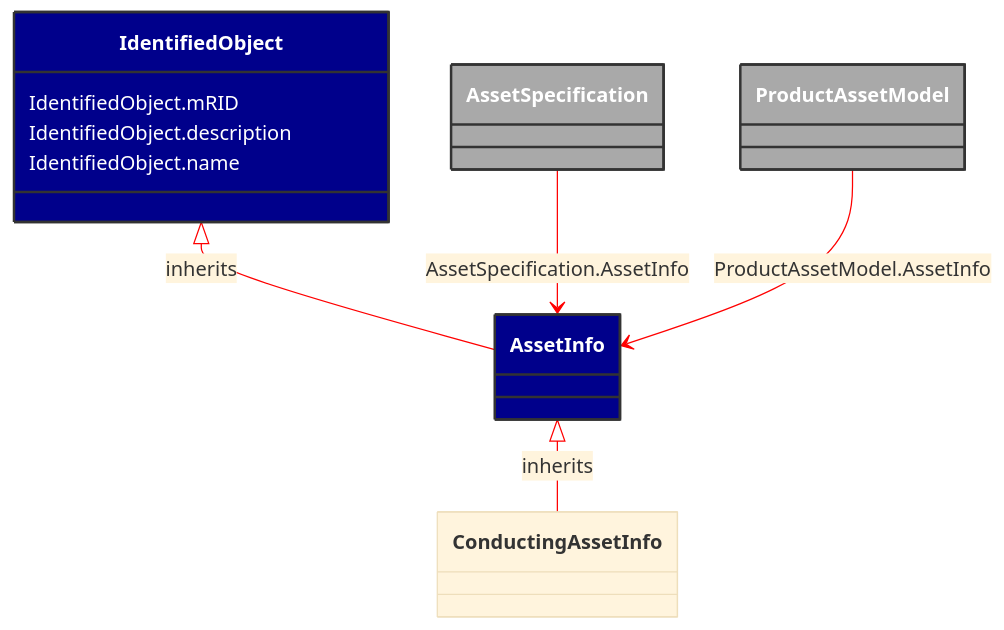
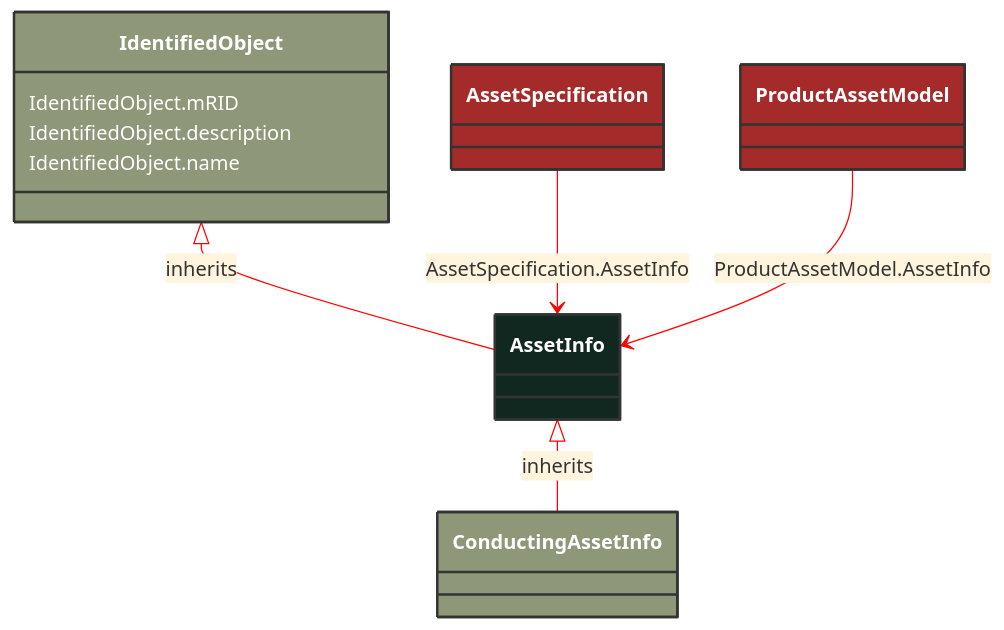
The diagram in docs/Models/Profiles/SubseaCableInfo/AbstractClasses/AssetInfo.md (3lbits/NoCIMExtensions), drawn with Mermaid before and after one commit. The commit also changed 190 other files, not shown here.

````diff
--- a/docs/Models/Profiles/SubseaCableInfo/AbstractClasses/AssetInfo.md
+++ b/docs/Models/Profiles/SubseaCableInfo/AbstractClasses/AssetInfo.md
@@ -10,37 +10,35 @@
 ```mermaid
 %%{init: {'theme':'base','themeVariables': {'lineColor': '#FF0000'}}}%%
 classDiagram
     class AssetInfo
     click AssetInfo href "/Models/Profiles/SubseaCableInfo/AbstractClasses/AssetInfo/"
-    style AssetInfo fill:#006400,stroke:#333,stroke-width:2px,rx:10,ry:10,color:white
+    style AssetInfo fill:#102820,stroke:#333,stroke-width:2px,rx:10,ry:10,color:white
 
         AssetInfo <|-- ConductingAssetInfo : inherits
-            click AssetInfo href "/Models/Profiles/SubseaCableInfo/AbstractClasses/AssetInfo/"
-            style AssetInfo fill:#00008B,stroke:#333,stroke-width:2px,rx:10,ry:10,color:white
 
         ConductingAssetInfo
             click ConductingAssetInfo href "/Models/Profiles/SubseaCableInfo/AbstractClasses/ConductingAssetInfo/"
-            style AssetInfo fill:#00008B,stroke:#333,stroke-width:2px,rx:10,ry:10,color:white
-
+            style ConductingAssetInfo fill:#8F9779,stroke:#333,stroke-width:2px,rx:10,ry:10,color:white
+     
         IdentifiedObject <|-- AssetInfo : inherits
             click IdentifiedObject href "/Models/Profiles/SubseaCableInfo/AbstractClasses/IdentifiedObject/"
-            style IdentifiedObject fill:#00008B,stroke:#333,stroke-width:2px,rx:10,ry:10,color:white
+            style IdentifiedObject fill:#8F9779,stroke:#333,stroke-width:2px,rx:10,ry:10,color:white
 
 
         AssetSpecification --> AssetInfo : AssetSpecification.AssetInfo
 
         AssetSpecification
             click AssetSpecification href "/Models/Profiles/SubseaCableInfo/ConcreteClasses/AssetSpecification/"
-            style AssetSpecification fill:#A9A9A9,stroke:#333,stroke-width:2px,rx:10,ry:10,color:white
+            style AssetSpecification fill:#A52A2A,stroke:#333,stroke-width:2px,rx:10,ry:10,color:white
 
         ProductAssetModel --> AssetInfo : ProductAssetModel.AssetInfo
 
         ProductAssetModel
             click ProductAssetModel href "/Models/Profiles/SubseaCableInfo/ConcreteClasses/ProductAssetModel/"
-            style ProductAssetModel fill:#A9A9A9,stroke:#333,stroke-width:2px,rx:10,ry:10,color:white
+            style ProductAssetModel fill:#A52A2A,stroke:#333,stroke-width:2px,rx:10,ry:10,color:white
 
 
         IdentifiedObject : IdentifiedObject.mRID
         IdentifiedObject : IdentifiedObject.description
         IdentifiedObject : IdentifiedObject.name
 ```
````
